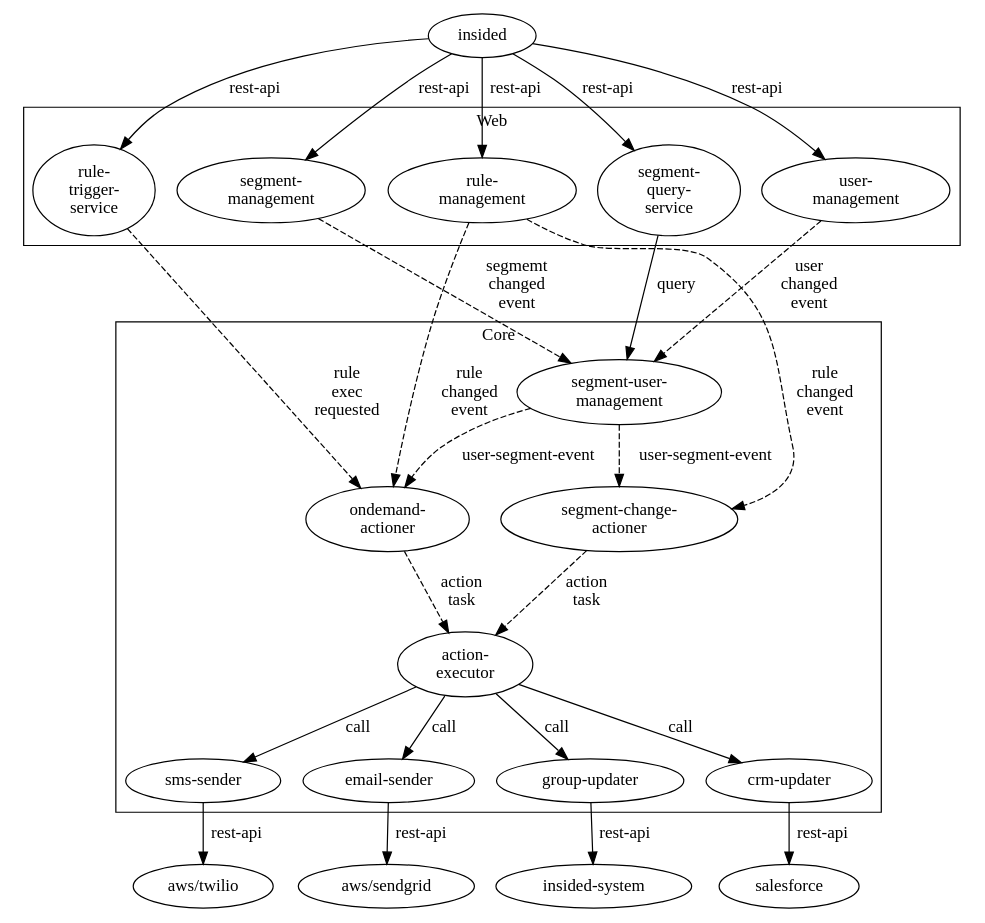
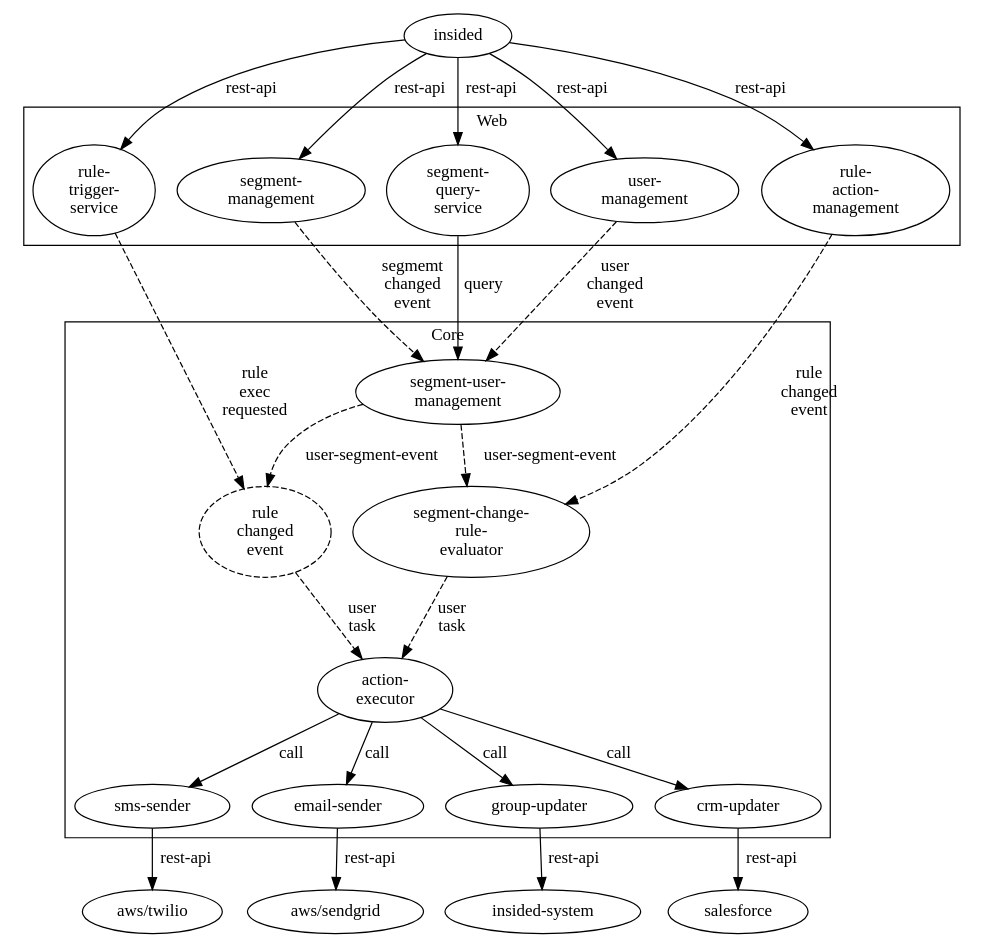
One commit to MarcGrol/userautomation changed the diagram in doc/architecture.dot. Above: the diagram before and after it, drawn with Graphviz. The commit also changed 1 other file, not shown here.

Commit message:
better architecture image

```diff
--- a/doc/architecture.dot
+++ b/doc/architecture.dot
@@ -1,65 +1,65 @@
-    digraph G {
-    
-      rankdir="TD"
-      
-      insided -> "rule-\ntrigger-\nservice" [label="rest-api"]
-      insided -> "rule-\nmanagement" [label="rest-api"]
-      insided -> "user-\nmanagement" [label="rest-api"]
-      insided -> "segment-\nmanagement" [label="rest-api"]
-      insided -> "segment-\nquery-\nservice" [label="rest-api"]
+digraph G {
 
-      subgraph cluster_Web {
-          label = "Web"
-          "rule-\ntrigger-\nservice"
-          "rule-\nmanagement"
-          "user-\nmanagement"
-          "segment-\nmanagement"
-          "segment-\nquery-\nservice"
-      }
+  rankdir="TD"
 
-     subgraph cluster_Core {
-          label = "Core"
-          "ondemand-\nactioner"
-          "segment-user-\nmanagement"
-          "segment-change-\nactioner"
-          "action-\nexecutor"
-          "sms-sender"
-          "email-sender"
-          "group-updater"
-          "crm-updater"
-      }
+  subgraph cluster_Web {
+      label = "Web"
+      "rule-\ntrigger-\nservice"
+      "rule-\naction-\nmanagement"
+      "user-\nmanagement"
+      "segment-\nmanagement"
+      "segment-\nquery-\nservice"
+}
 
-      // subgraph cluster_External {
-           //label = "External systems"
-            "aws/sendgrid"
-            "aws/twilio"
-            "insided-system"
-            "salesforce"
-       // }
+ subgraph cluster_Core {
+      label = "Core"
+      "ondemand-\nrule-\nevaluator"
+      "segment-user-\nmanagement"
+      "segment-change-\nrule-\nevaluator"
+      "action-\nexecutor"
+      "sms-sender"
+      "email-sender"
+      "group-updater"
+      "crm-updater"
+  }
 
-       "rule-\ntrigger-\nservice" -> "ondemand-\nactioner" [style=dashed, label="rule\nexec\nrequested"]
-      "segment-\nmanagement" -> "segment-user-\nmanagement" [style=dashed, label="segmemt\nchanged\nevent"]
-      "segment-\nquery-\nservice" -> "segment-user-\nmanagement" [label=query]
+  // subgraph cluster_External {
+       //label = "External systems"
+        "aws/sendgrid"
+        "aws/twilio"
+        "insided-system"
+        "salesforce"
+   // }
 
-      "rule-\nmanagement" -> "ondemand-\nactioner" [style=dashed, label="rule\nchanged\nevent"]
+  insided -> "rule-\ntrigger-\nservice" [label="rest-api"]
+  insided -> "rule-\naction-\nmanagement" [label="rest-api"]
+  insided -> "user-\nmanagement" [label="rest-api"]
+  insided -> "segment-\nmanagement" [label="rest-api"]
+  insided -> "segment-\nquery-\nservice" [label="rest-api"]
 
-      "user-\nmanagement" -> "segment-user-\nmanagement" [style=dashed, label="user\nchanged\nevent"]
-      "segment-user-\nmanagement" -> "ondemand-\nactioner" [style=dashed, label="user-segment-event"]
+   "rule-\ntrigger-\nservice" -> "ondemand-\nrule-\nevaluator" [style=dashed, label="rule\nexec\nrequested"]
+  "segment-\nmanagement" -> "segment-user-\nmanagement" [style=dashed, label="segmemt\nchanged\nevent"]
+  "segment-\nquery-\nservice" -> "segment-user-\nmanagement" [label=query]
 
-      "segment-user-\nmanagement" -> "segment-change-\nactioner"  [style=dashed, label="user-segment-event"]
-      "rule-\nmanagement" -> "segment-change-\nactioner" [style=dashed, label="rule\nchanged\nevent"]
-      "segment-change-\nactioner" -> "action-\nexecutor" [style=dashed, label="action\ntask"]
+  "ondemand-\nrule-\nevaluator" [style=dashed, label="rule\nchanged\nevent"]
 
-      "ondemand-\nactioner" -> "action-\nexecutor" [style=dashed, label="action\ntask"]
+  "user-\nmanagement" -> "segment-user-\nmanagement" [style=dashed, label="user\nchanged\nevent"]
+  "segment-user-\nmanagement" -> "ondemand-\nrule-\nevaluator" [style=dashed, label="user-segment-event"]
 
-      "action-\nexecutor" -> "sms-sender" [label=call]
-      "action-\nexecutor" -> "email-sender" [label=call]
-      "action-\nexecutor" -> "group-updater" [label=call]
-      "action-\nexecutor" -> "crm-updater" [label=call]
+  "segment-user-\nmanagement" -> "segment-change-\nrule-\nevaluator"  [style=dashed, label="user-segment-event"]
+  "rule-\naction-\nmanagement" -> "segment-change-\nrule-\nevaluator" [style=dashed, label="rule\nchanged\nevent"]
+  "segment-change-\nrule-\nevaluator" -> "action-\nexecutor" [style=dashed, label="user\ntask"]
 
-      "email-sender" -> "aws/sendgrid" [label="rest-api"]
-      "sms-sender" -> "aws/twilio" [label="rest-api"]
-      "group-updater" -> "insided-system" [label="rest-api"]
-      "crm-updater" -> "salesforce" [label="rest-api"]
+  "ondemand-\nrule-\nevaluator" -> "action-\nexecutor" [style=dashed, label="user\ntask"]
 
-    }
+  "action-\nexecutor" -> "sms-sender" [label=call]
+  "action-\nexecutor" -> "email-sender" [label=call]
+  "action-\nexecutor" -> "group-updater" [label=call]
+  "action-\nexecutor" -> "crm-updater" [label=call]
+
+  "email-sender" -> "aws/sendgrid" [label="rest-api"]
+  "sms-sender" -> "aws/twilio" [label="rest-api"]
+  "group-updater" -> "insided-system" [label="rest-api"]
+  "crm-updater" -> "salesforce" [label="rest-api"]
+
+}
```
